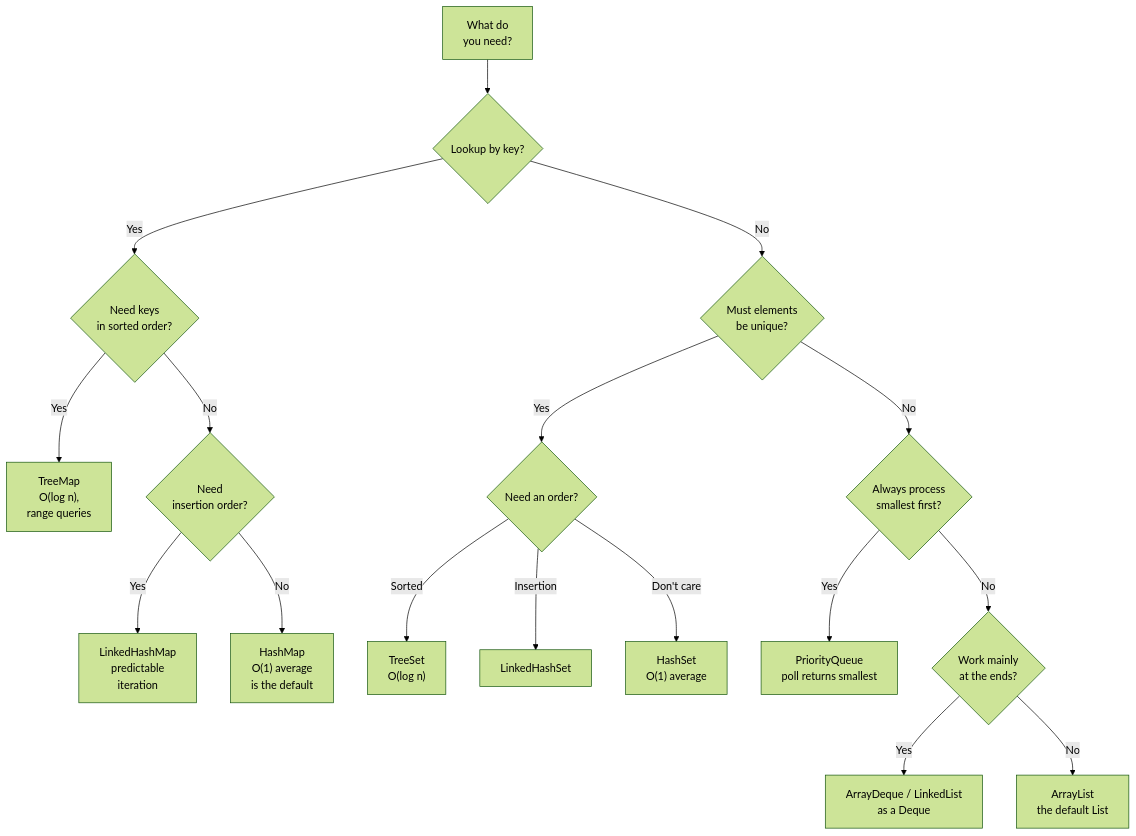
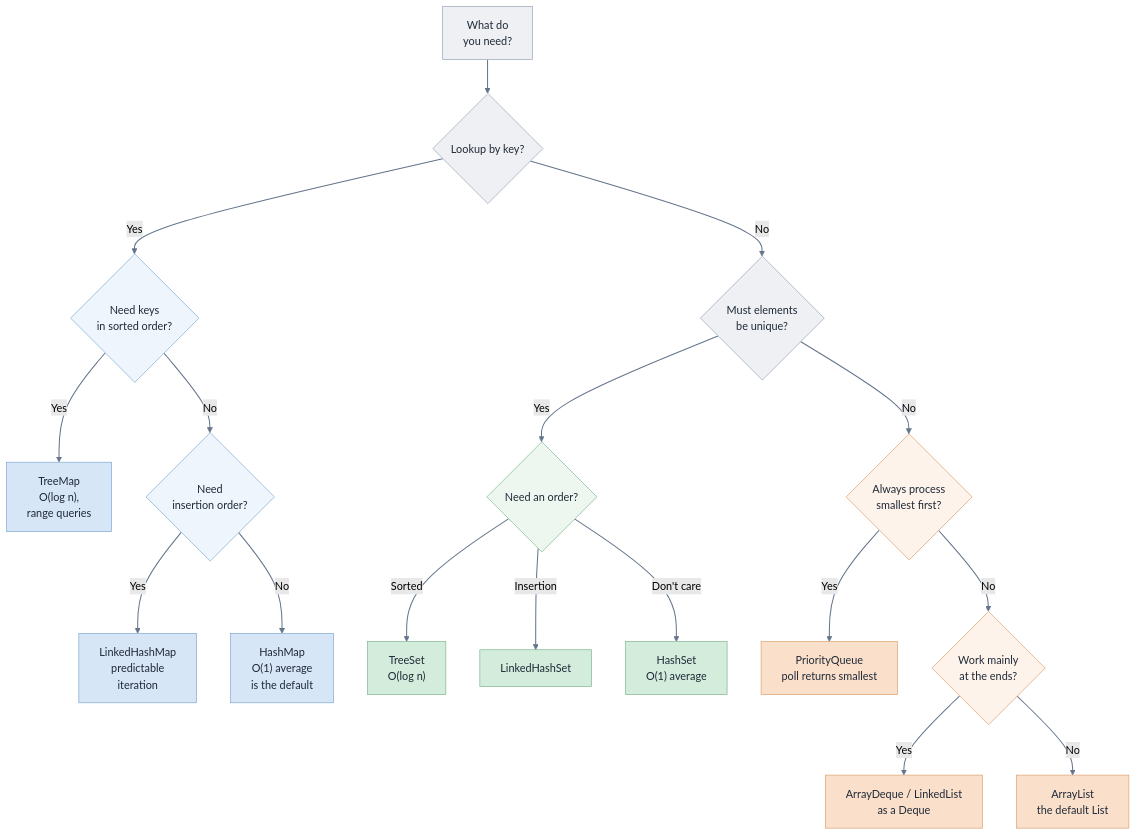
The first of 2 diagrams in notes/shared/mind maps/collections.md (nmcguinness/L8-OOP-Module-Content), drawn with Mermaid before and after one commit. The commit also changed other lines of this file and 3 other files, not shown here.

Commit message:
Updated mindmap text formatting

````diff
--- a/notes/shared/mind maps/collections.md
+++ b/notes/shared/mind maps/collections.md
@@ -11,24 +11,39 @@
 ```mermaid
 %%{init: { "theme": "forest" }}%%
 flowchart TD
     accTitle: Choosing a Java collection
     accDescr: A decision tree. First ask whether you need lookup by key: if so choose TreeMap for sorted keys, LinkedHashMap for insertion order, otherwise HashMap. If not, ask whether elements must be unique: if so choose TreeSet, LinkedHashSet or HashSet by the order you need. If neither, choose PriorityQueue for smallest-first processing, a Deque for work at the ends, or ArrayList otherwise.
     A[What do<br>you need?] --> B{Lookup by key?}
     B -->|Yes| C{Need keys<br>in sorted order?}
     C -->|Yes| D["TreeMap<br/>O(log n),<br>range queries"]
     C -->|No| E{Need<br>insertion order?}
     E -->|Yes| F["LinkedHashMap<br/>predictable<br>iteration"]
     E -->|No| G["HashMap<br/>O(1) average<br>is the default"]
 
     B -->|No| H{Must elements<br>be unique?}
     H -->|Yes| I{Need an order?}
     I -->|Sorted| J["TreeSet<br/>O(log n)"]
     I -->|Insertion| K["LinkedHashSet"]
     I -->|Don't care| L["HashSet<br/>O(1) average"]
 
     H -->|No| M{Always process<br>smallest first?}
     M -->|Yes| N["PriorityQueue<br/>poll returns smallest"]
     M -->|No| O{Work mainly<br>at the ends?}
     O -->|Yes| P["ArrayDeque / LinkedList<br/>as a Deque"]
     O -->|No| Q["ArrayList<br/>the default List"]
+    classDef startQ fill:#EEF0F3,stroke:#94A3B8,color:#1F2937
+    class A,B,H startQ
+    classDef mapsQ fill:#EEF5FC,stroke:#7FA8D1,color:#1F2937
+    classDef mapsA fill:#D6E6F7,stroke:#7FA8D1,color:#1F2937
+    class C,E mapsQ
+    class D,F,G mapsA
+    classDef setsQ fill:#EDF7F0,stroke:#7DB591,color:#1F2937
+    classDef setsA fill:#D3ECDB,stroke:#7DB591,color:#1F2937
+    class I setsQ
+    class J,K,L setsA
+    classDef listsQ fill:#FDF3EA,stroke:#D9A06F,color:#1F2937
+    classDef listsA fill:#FAE0CA,stroke:#D9A06F,color:#1F2937
+    class M,O listsQ
+    class N,P,Q listsA
+    linkStyle default stroke:#64748B,stroke-width:1.5px
 ```
````
